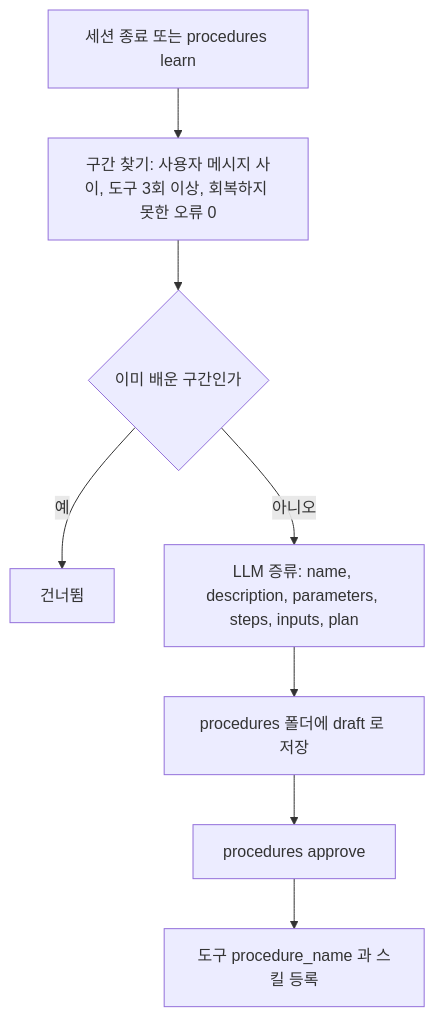
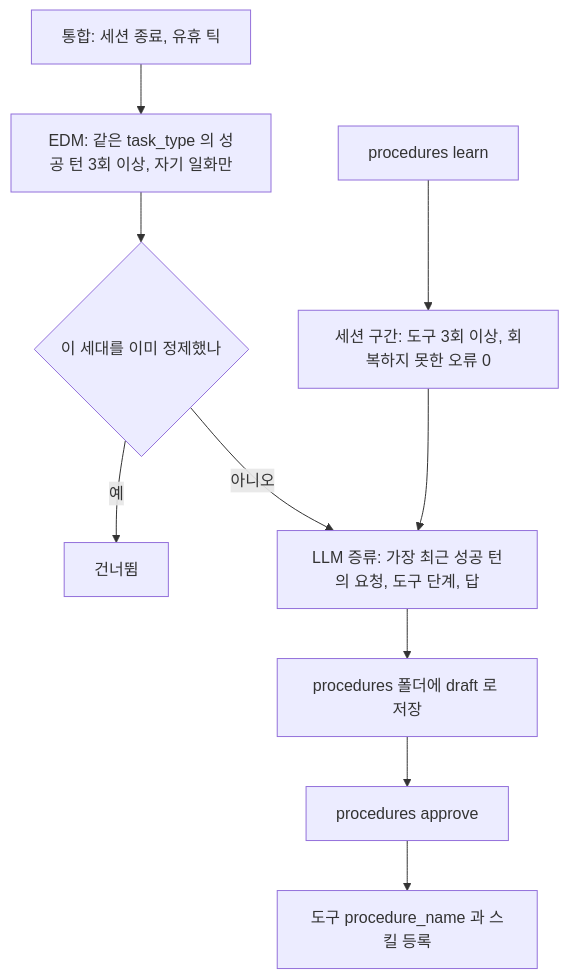
The second of 3 diagrams in website/docs/concepts/conversation/tools-and-approval.md (ash-hun/jarvis-agent), drawn with Mermaid before and after one commit. The commit also changed other lines of this file and 17 other files, not shown here.

````diff
--- a/website/docs/concepts/conversation/tools-and-approval.md
+++ b/website/docs/concepts/conversation/tools-and-approval.md
@@ -120,10 +120,12 @@
 ```mermaid
 flowchart TD
-  S[세션 종료 또는 procedures learn] --> F[구간 찾기: 사용자 메시지 사이, 도구 3회 이상, 회복하지 못한 오류 0]
-  F --> K{이미 배운 구간인가}
+  C[통합: 세션 종료, 유휴 틱] --> E[EDM: 같은 task_type 의 성공 턴 3회 이상, 자기 일화만]
+  E --> K{이 세대를 이미 정제했나}
   K -- 예 --> N[건너뜀]
-  K -- 아니오 --> D[LLM 증류: name, description, parameters, steps, inputs, plan]
+  K -- 아니오 --> D[LLM 증류: 가장 최근 성공 턴의 요청, 도구 단계, 답]
+  L[procedures learn] --> F[세션 구간: 도구 3회 이상, 회복하지 못한 오류 0]
+  F --> D
   D --> W[procedures 폴더에 draft 로 저장]
   W --> A[procedures approve]
   A --> T[도구 procedure_name 과 스킬 등록]
 ```
````
